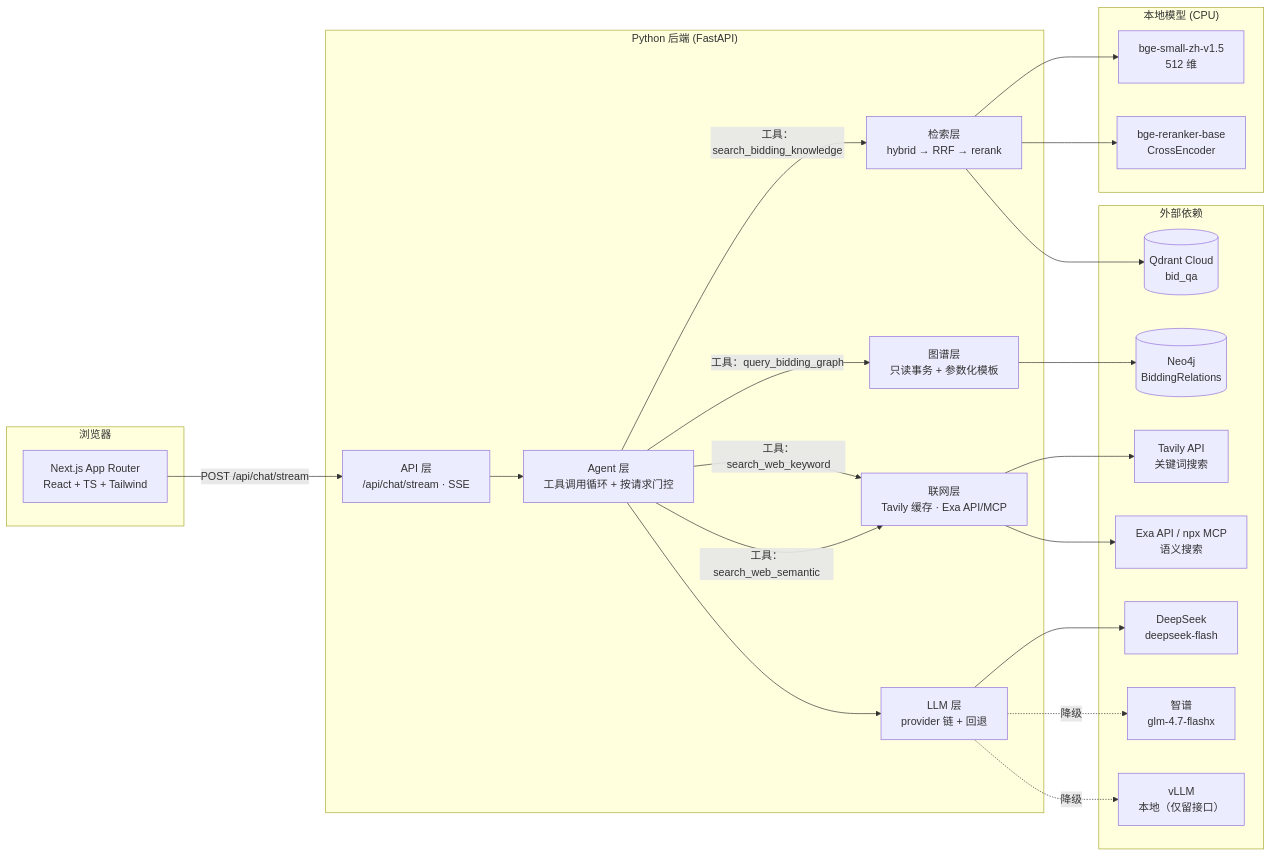
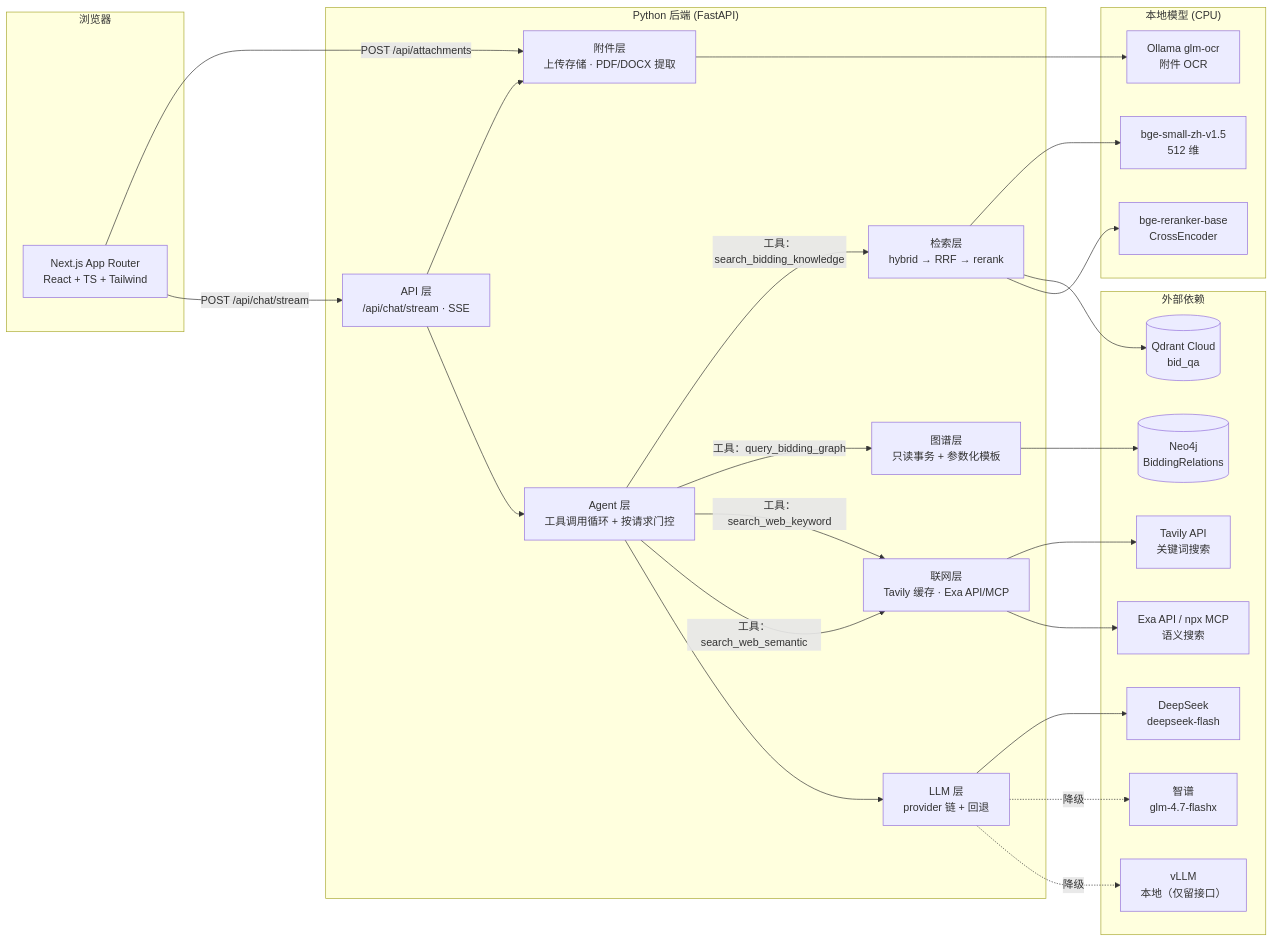
Before and after one commit to HoarHam/Bidding_QA_Chatbot: the first of 2 diagrams in docs/architecture.md, drawn with Mermaid. The commit also changed other lines of this file and 39 other files, not shown here.

First line of the commit message:
feat: 新增附件上传与本地 GLM-OCR 解析功能

````diff
--- a/docs/architecture.md
+++ b/docs/architecture.md
@@ -9,47 +10,52 @@
 ```mermaid
 flowchart LR
     subgraph client["浏览器"]
         UI["Next.js App Router<br/>React + TS + Tailwind"]
     end
 
     subgraph server["Python 后端 (FastAPI)"]
         API["API 层<br/>/api/chat/stream · SSE"]
         AG["Agent 层<br/>工具调用循环 + 按请求门控"]
         RET["检索层<br/>hybrid → RRF → rerank"]
         GR["图谱层<br/>只读事务 + 参数化模板"]
         WEB["联网层<br/>Tavily 缓存 · Exa API/MCP"]
+        ATT["附件层<br/>上传存储 · PDF/DOCX 提取"]
         LLM["LLM 层<br/>provider 链 + 回退"]
     end
 
     subgraph ext["外部依赖"]
         QD[("Qdrant Cloud<br/>bid_qa")]
         NEO[("Neo4j<br/>BiddingRelations")]
         TV["Tavily API<br/>关键词搜索"]
         EX["Exa API / npx MCP<br/>语义搜索"]
         DS["DeepSeek<br/>deepseek-flash"]
         ZP["智谱<br/>glm-4.7-flashx"]
         VL["vLLM<br/>本地（仅留接口）"]
     end
 
     subgraph local["本地模型 (CPU)"]
         EMB["bge-small-zh-v1.5<br/>512 维"]
         RRK["bge-reranker-base<br/>CrossEncoder"]
+        OCR["Ollama glm-ocr<br/>附件 OCR"]
     end
 
+    UI -->|"POST /api/attachments"| ATT
     UI -->|"POST /api/chat/stream"| API
+    API --> ATT
+    ATT --> OCR
     API --> AG
     AG -->|"工具：search_bidding_knowledge"| RET
     RET --> EMB
     RET --> QD
     RET --> RRK
     AG -->|"工具：query_bidding_graph"| GR
     GR --> NEO
     AG -->|"工具：search_web_keyword"| WEB
     AG -->|"工具：search_web_semantic"| WEB
     WEB --> TV
     WEB --> EX
     AG --> LLM
     LLM --> DS
     LLM -.降级.-> ZP
     LLM -.降级.-> VL
 ```
````
